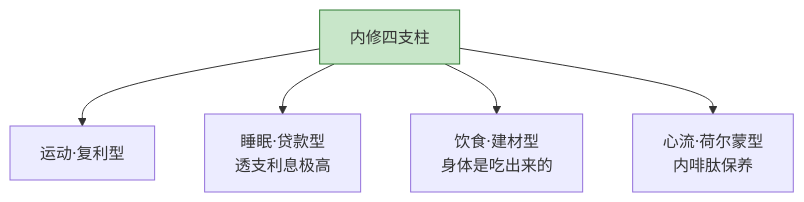
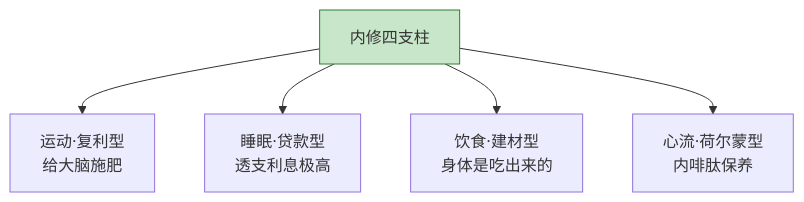
Before and after one commit to chongyang211/YCBookBlog: the first of 3 diagrams in book/27.时间管理30天/21.Day21-内外都要兼修.md, drawn with Mermaid. The commit also changed other lines of this file and 10 other files, not shown here.

````diff
--- a/book/27.时间管理30天/21.Day21-内外都要兼修.md
+++ b/book/27.时间管理30天/21.Day21-内外都要兼修.md
@@ -55,8 +58,8 @@
 ```mermaid
 graph TD
-    A[内修四支柱] --> B[运动·复利型]
+    A[内修四支柱] --> B[运动·复利型<br/>给大脑施肥]
     A --> C[睡眠·贷款型<br/>透支利息极高]
     A --> D[饮食·建材型<br/>身体是吃出来的]
     A --> E[心流·荷尔蒙型<br/>内啡肽保养]
     style A fill:#c8e6c9,stroke:#2e7d32
 ```
````
